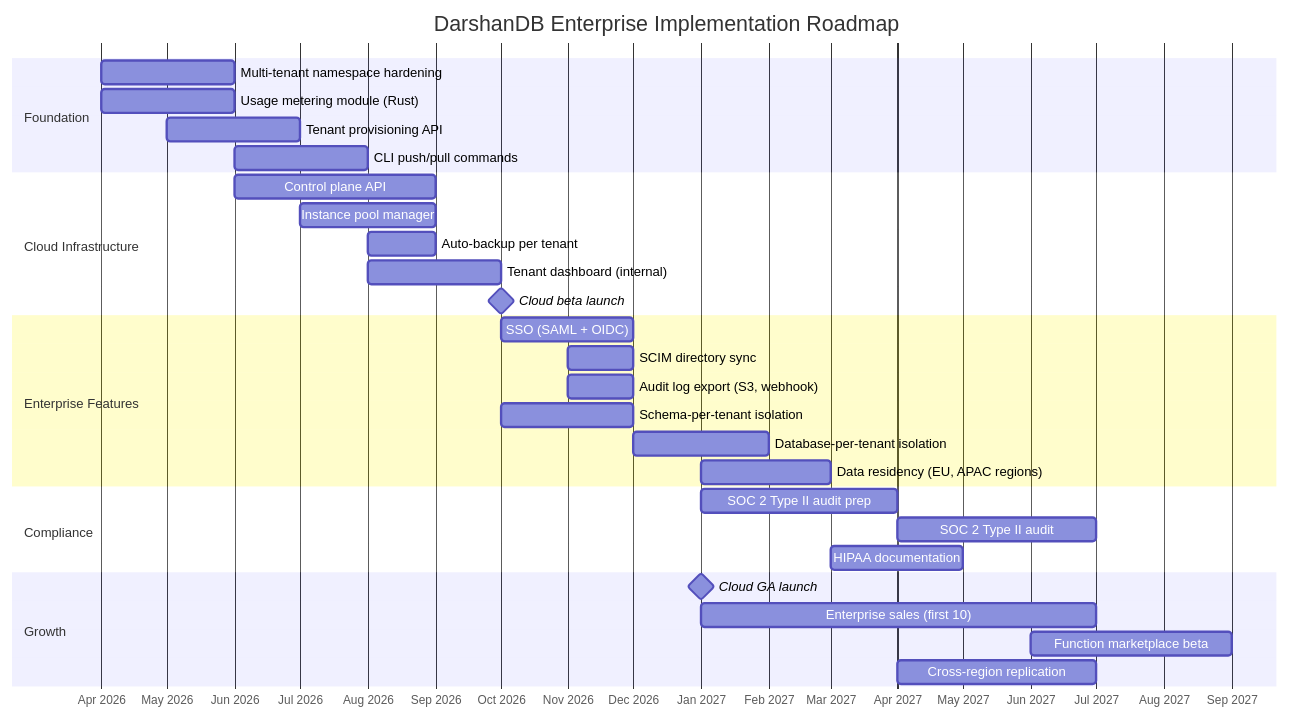
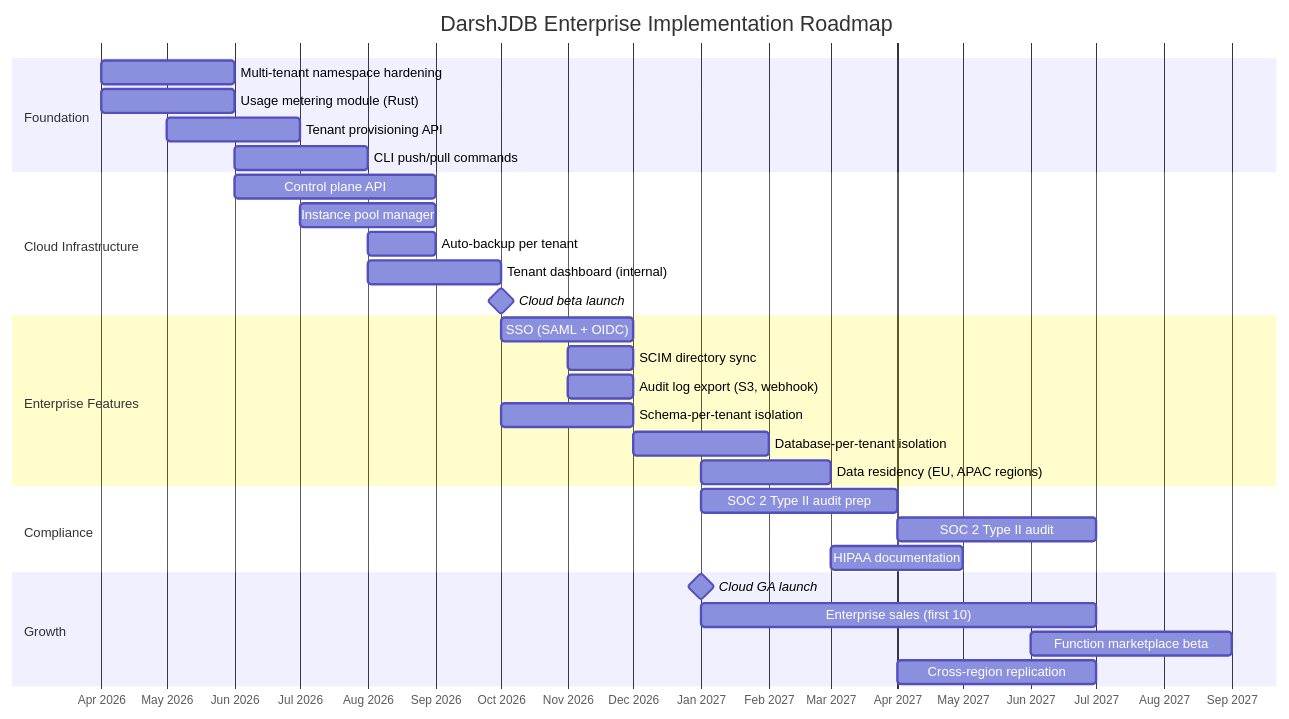
Before and after one commit to darshjme/darshjdb: diagram 12 of 12 in docs/strategy/ENTERPRISE_STRATEGY.md, drawn with Mermaid. The commit also changed other lines of this file and 107 other files, not shown here.

First line of the commit message:
rebrand: DarshanDB → DarshJDB (DDB)

````diff
--- a/docs/strategy/ENTERPRISE_STRATEGY.md
+++ b/docs/strategy/ENTERPRISE_STRATEGY.md
@@ -1042,38 +1042,38 @@
 ```mermaid
 gantt
-    title DarshanDB Enterprise Implementation Roadmap
+    title DarshJDB Enterprise Implementation Roadmap
     dateFormat  YYYY-MM
     axisFormat  %b %Y
 
     section Foundation
     Multi-tenant namespace hardening     :a1, 2026-04, 2M
     Usage metering module (Rust)         :a2, 2026-04, 2M
     Tenant provisioning API              :a3, 2026-05, 2M
     CLI push/pull commands               :a4, 2026-06, 2M
 
     section Cloud Infrastructure
     Control plane API                    :b1, 2026-06, 3M
     Instance pool manager                :b2, 2026-07, 2M
     Auto-backup per tenant               :b3, 2026-08, 1M
     Tenant dashboard (internal)          :b4, 2026-08, 2M
     Cloud beta launch                    :milestone, b5, 2026-10, 0d
 
     section Enterprise Features
     SSO (SAML + OIDC)                    :c1, 2026-10, 2M
     SCIM directory sync                  :c2, 2026-11, 1M
     Audit log export (S3, webhook)       :c3, 2026-11, 1M
     Schema-per-tenant isolation          :c4, 2026-10, 2M
     Database-per-tenant isolation        :c5, 2026-12, 2M
     Data residency (EU, APAC regions)    :c6, 2027-01, 2M
 
     section Compliance
     SOC 2 Type II audit prep             :d1, 2027-01, 3M
     SOC 2 Type II audit                  :d2, 2027-04, 3M
     HIPAA documentation                  :d3, 2027-03, 2M
 
     section Growth
     Cloud GA launch                      :milestone, e1, 2027-01, 0d
     Enterprise sales (first 10)          :e2, 2027-01, 6M
     Function marketplace beta            :e3, 2027-06, 3M
     Cross-region replication             :e4, 2027-04, 3M
 ```
````
